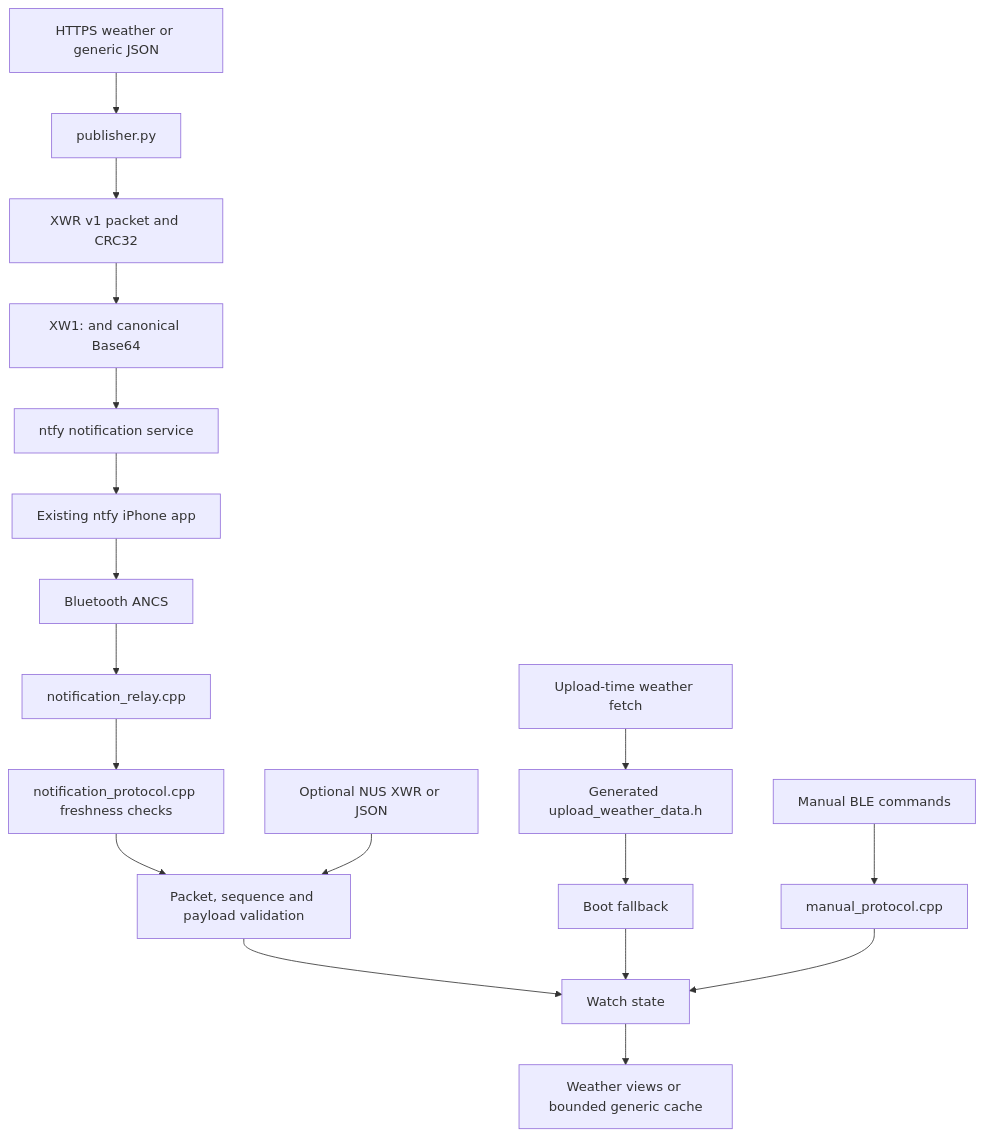
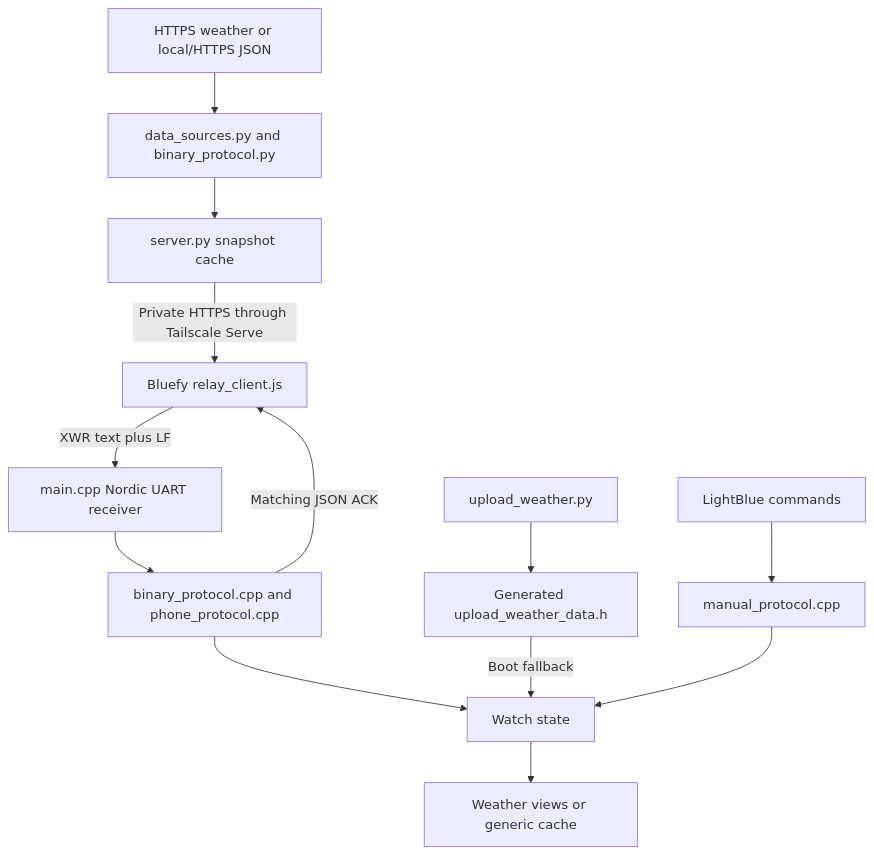
The fourth of 5 diagrams in README.md (baolgn/smartWatch), drawn with Mermaid before and after one commit. The commit also changed other lines of this file and 35 other files, not shown here.

Commit message:
feat(relay)!: replace notification delivery with Bluefy and Tailscale

````diff
--- a/README.md
+++ b/README.md
@@ -251,20 +277,15 @@
 ```mermaid
 flowchart TD
-    Source["HTTPS weather or generic JSON"] --> Publisher["publisher.py"]
-    Publisher --> Encode["XWR v1 packet and CRC32"]
-    Encode --> Text["XW1: and canonical Base64"]
-    Text --> Ntfy["ntfy notification service"]
-    Ntfy --> Phone["Existing ntfy iPhone app"]
-    Phone --> ANCS["Bluetooth ANCS"]
-    ANCS --> Receiver["notification_relay.cpp"]
-    Receiver --> Notification["notification_protocol.cpp freshness checks"]
-    Notification --> Validation["Packet, sequence and payload validation"]
-    Validation --> Model["Watch state"]
-    Weather["Upload-time weather fetch"] --> Header["Generated upload_weather_data.h"]
-    Header --> Boot["Boot fallback"]
-    Boot --> Model
-    Diagnostic["Optional NUS XWR or JSON"] --> Validation
-    Manual["Manual BLE commands"] --> ManualParser["manual_protocol.cpp"]
+    Source["HTTPS weather or local/HTTPS JSON"] --> Adapter["data_sources.py and binary_protocol.py"]
+    Adapter --> Server["server.py snapshot cache"]
+    Server -->|Private HTTPS through Tailscale Serve| Browser["Bluefy relay_client.js"]
+    Browser -->|XWR text plus LF| NUS["main.cpp Nordic UART receiver"]
+    NUS --> Parser["binary_protocol.cpp and phone_protocol.cpp"]
+    Parser -->|Matching JSON ACK| Browser
+    Parser --> Model["Watch state"]
+    Upload["upload_weather.py"] --> Header["Generated upload_weather_data.h"]
+    Header -->|Boot fallback| Model
+    Manual["LightBlue commands"] --> ManualParser["manual_protocol.cpp"]
     ManualParser --> Model
-    Model --> UI["Weather views or bounded generic cache"]
+    Model --> UI["Weather views or generic cache"]
 ```
````
